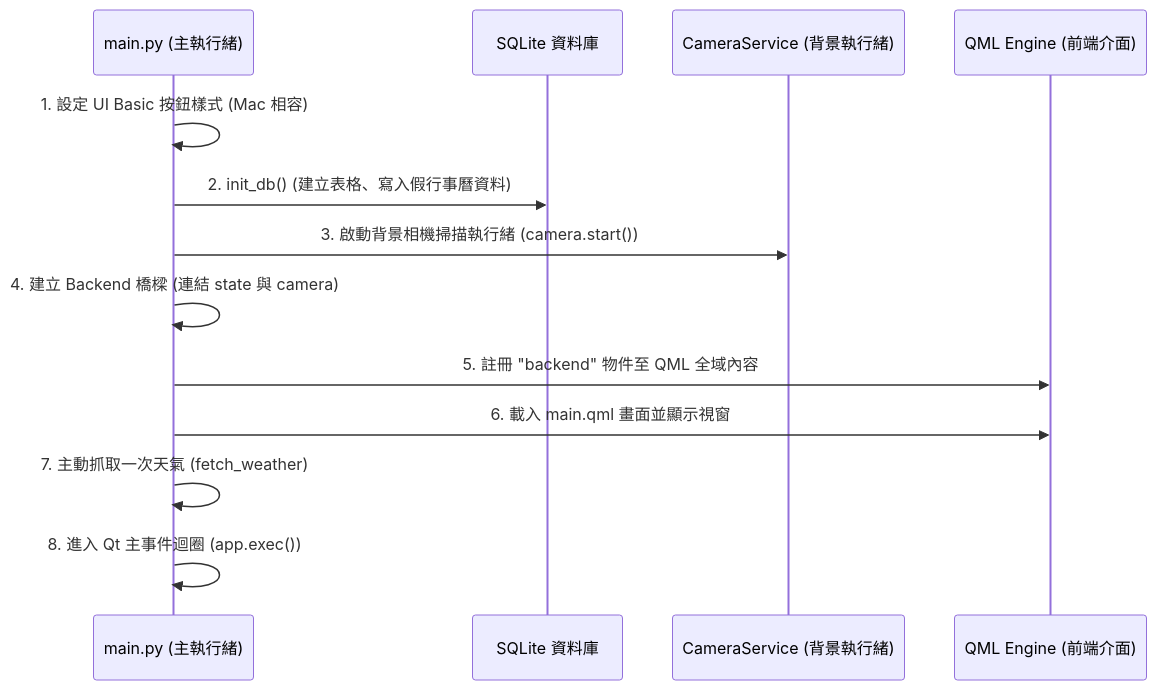
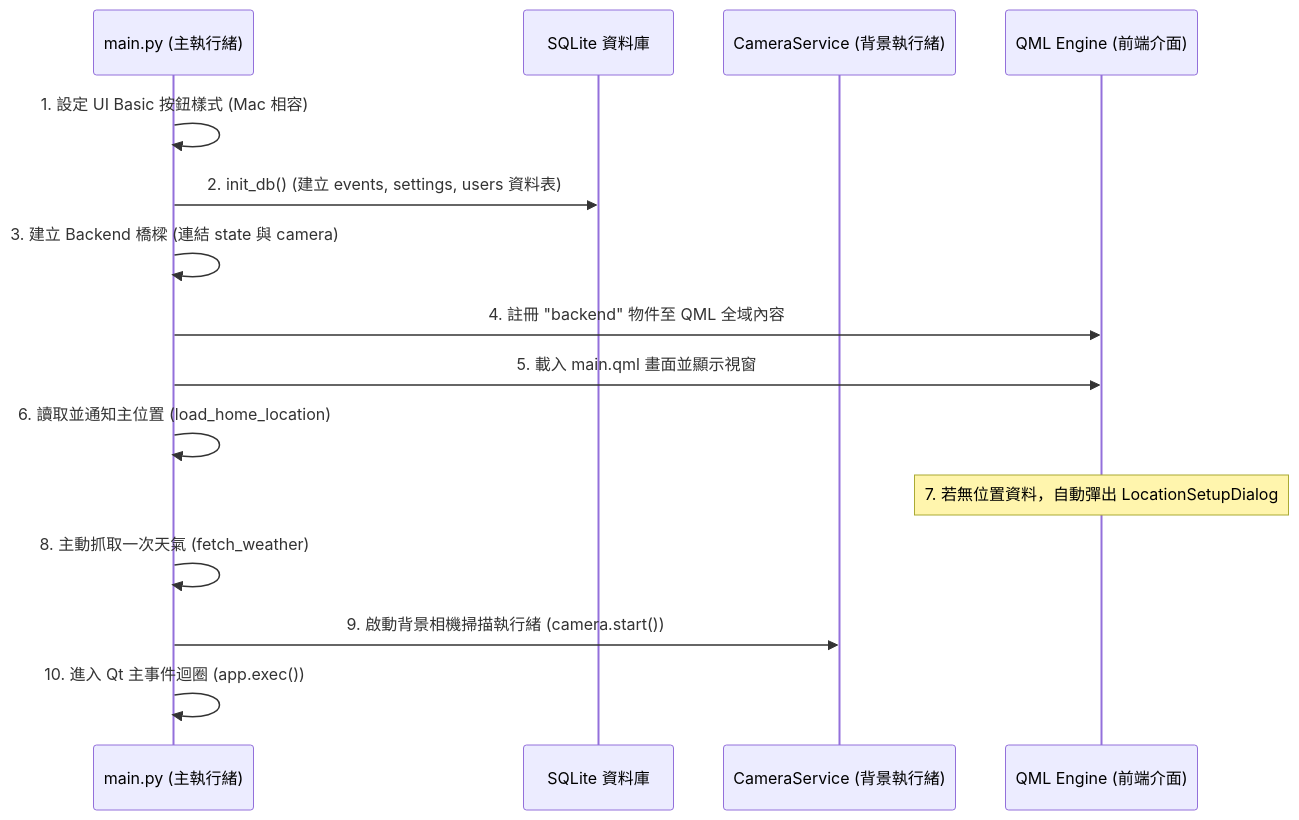
One commit to Kaih1825/Glance changed the first of 5 diagrams in README.md. Above: the diagram before and after it, drawn with Mermaid. The commit also changed other lines of this file, not shown here.

````diff
--- a/README.md
+++ b/README.md
@@ -39,16 +89,18 @@
 ```mermaid
 sequenceDiagram
     participant Main as main.py (主執行緒)
     participant DB as SQLite 資料庫
     participant Camera as CameraService (背景執行緒)
     participant QML as QML Engine (前端介面)
     
     Main->>Main: 1. 設定 UI Basic 按鈕樣式 (Mac 相容)
-    Main->>DB: 2. init_db() (建立表格、寫入假行事曆資料)
-    Main->>Camera: 3. 啟動背景相機掃描執行緒 (camera.start())
-    Main->>Main: 4. 建立 Backend 橋樑 (連結 state 與 camera)
-    Main->>QML: 5. 註冊 "backend" 物件至 QML 全域內容
-    Main->>QML: 6. 載入 main.qml 畫面並顯示視窗
-    Main->>Main: 7. 主動抓取一次天氣 (fetch_weather)
-    Main->>Main: 8. 進入 Qt 主事件迴圈 (app.exec())
+    Main->>DB: 2. init_db() (建立 events, settings, users 資料表)
+    Main->>Main: 3. 建立 Backend 橋樑 (連結 state 與 camera)
+    Main->>QML: 4. 註冊 "backend" 物件至 QML 全域內容
+    Main->>QML: 5. 載入 main.qml 畫面並顯示視窗
+    Main->>Main: 6. 讀取並通知主位置 (load_home_location)
+    Note over QML: 7. 若無位置資料，自動彈出 LocationSetupDialog
+    Main->>Main: 8. 主動抓取一次天氣 (fetch_weather)
+    Main->>Camera: 9. 啟動背景相機掃描執行緒 (camera.start())
+    Main->>Main: 10. 進入 Qt 主事件迴圈 (app.exec())
 ```
````
